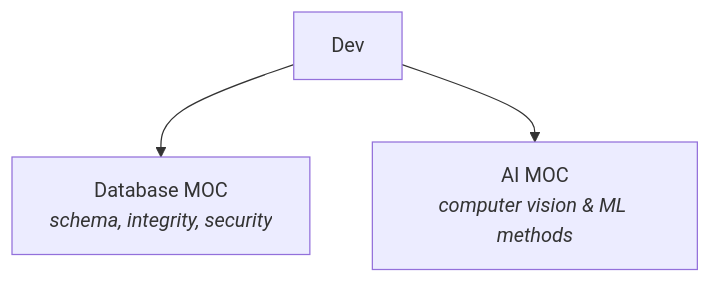
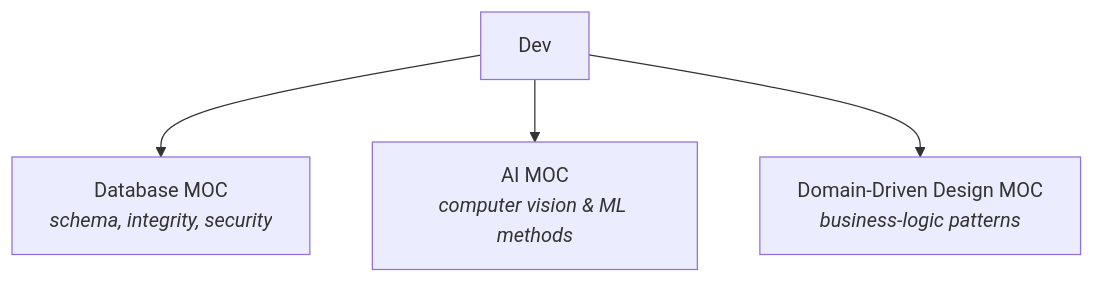
One commit to Luiz-Torminn/personal-obsidian-vault changed the diagram in My_voices/Zettelkasten/Maps of Content/* Dev MOC.md. Above: the diagram before and after it, drawn with Mermaid. The commit also changed other lines of this file and 17 other files, not shown here.

````diff
--- a/My_voices/Zettelkasten/Maps of Content/* Dev MOC.md
+++ b/My_voices/Zettelkasten/Maps of Content/* Dev MOC.md
@@ -20,8 +20,10 @@
 ```mermaid
 graph TD
     DEV["Dev"]
     DB["Database MOC<br/><i>schema, integrity, security</i>"]
     AI["AI MOC<br/><i>computer vision & ML methods</i>"]
+    DDD["Domain-Driven Design MOC<br/><i>business-logic patterns</i>"]
     DEV --> DB
     DEV --> AI
+    DEV --> DDD
 ```
````
